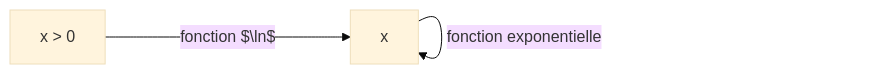
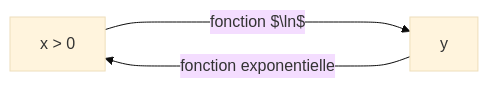
One commit to Matteovanypersele/copy-mcoilhacsio-1-maths-approfondies changed the second of 2 diagrams in docs/logarithme/ln_cours.md. Above: the diagram before and after it, drawn with Mermaid (base theme). The commit also changed other lines of this file, not shown here.

````diff
--- a/docs/logarithme/ln_cours.md
+++ b/docs/logarithme/ln_cours.md
@@ -95,5 +96,5 @@
     ```mermaid
         graph LR
             A[x > 0] ----> |fonction $\ln$| B[y];
-            B ---->|fonction exponentielle| B[x];
+            B ---->|fonction exponentielle| A;
     ```
````
